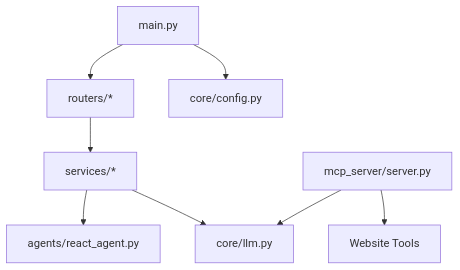
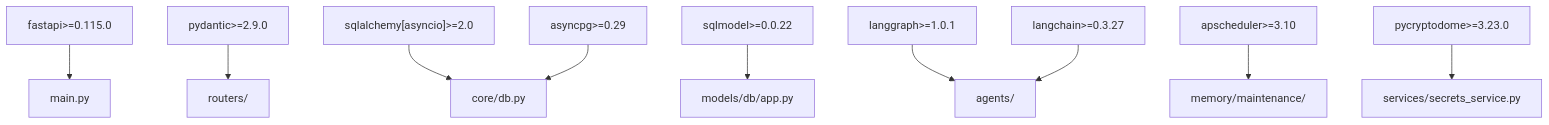
The sixth of 6 diagrams in src/data/docs/agentic-browser/System Architecture/Backend Server Design.md (tashifkhan/tashif.codes), drawn with Mermaid before and after one commit. The commit also changed other lines of this file and 114 other files, not shown here.

````diff
--- a/src/data/docs/agentic-browser/System Architecture/Backend Server Design.md
+++ b/src/data/docs/agentic-browser/System Architecture/Backend Server Design.md
@@ -240,10 +206,12 @@
 ```mermaid
 graph TB
-API["main.py"] --> Routers["routers/*"]
-Routers --> Services["services/*"]
-Services --> Agents["agents/react_agent.py"]
-Services --> LLM["core/llm.py"]
-API --> Config["core/config.py"]
-MCP["mcp_server/server.py"] --> LLM
-MCP --> Tools["Website Tools"]
+  FastAPI["fastapi>=0.115.0"] --> App["main.py"]
+  Pydantic["pydantic>=2.9.0"] --> Routes["routers/"]
+  SQL["sqlalchemy[asyncio]>=2.0"] --> DB["core/db.py"]
+  SQLModel["sqlmodel>=0.0.22"] --> AppModels["models/db/app.py"]
+  Asyncpg["asyncpg>=0.29"] --> DB
+  LangGraph["langgraph>=1.0.1"] --> Agents["agents/"]
+  LangChain["langchain>=0.3.27"] --> Agents
+  APS["apscheduler>=3.10"] --> Maint["memory/maintenance/"]
+  Crypto["pycryptodome>=3.23.0"] --> Secrets["services/secrets_service.py"]
 ```
````
